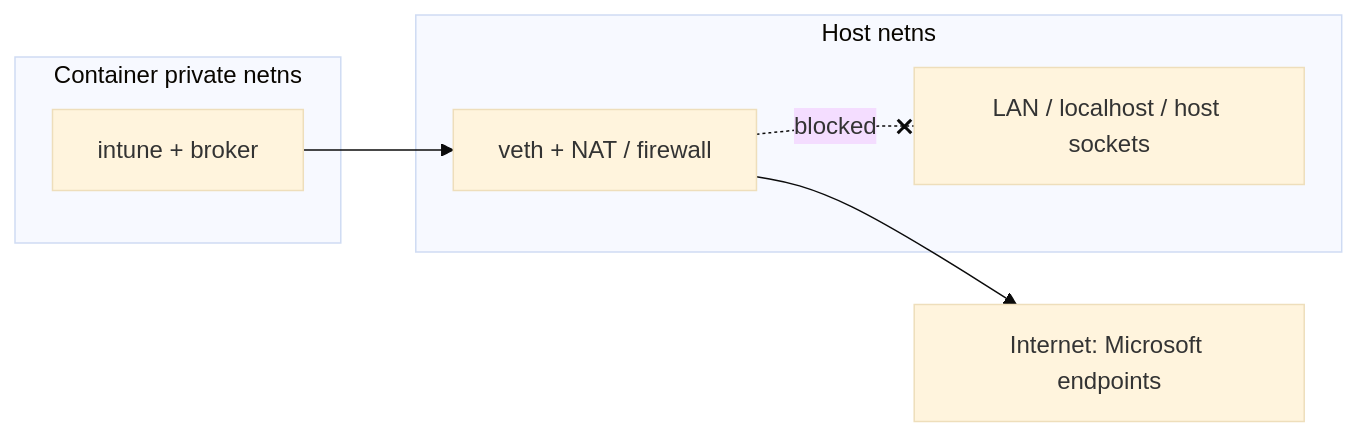
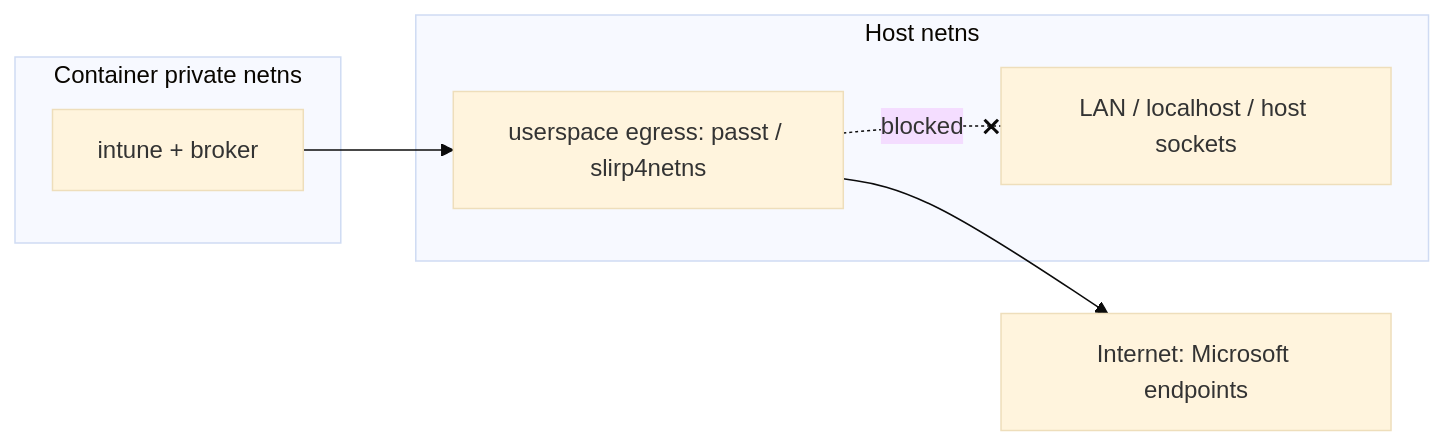
Before and after one commit to magicabdel/intune-container: the diagram in docs/roadmap.md, drawn with Mermaid (base theme). The commit also changed other lines of this file and 25 other files, not shown here.

````diff
--- a/docs/roadmap.md
+++ b/docs/roadmap.md
@@ -16,12 +15,12 @@
 ```mermaid
 flowchart LR
     subgraph host[Host netns]
-        NAT[veth + NAT / firewall]
+        EG[userspace egress: passt / slirp4netns]
         LAN[LAN / localhost / host sockets]
     end
     subgraph ctr[Container private netns]
         APP[intune + broker]
     end
-    APP --> NAT --> WAN[Internet: Microsoft endpoints]
-    NAT -. blocked .-x LAN
+    APP --> EG --> WAN[Internet: Microsoft endpoints]
+    EG -. blocked .-x LAN
 ```
````
